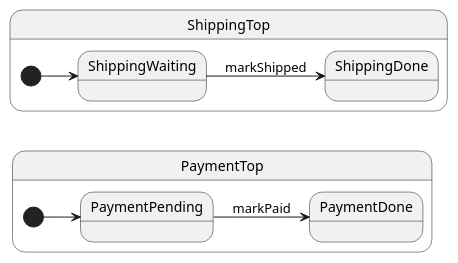
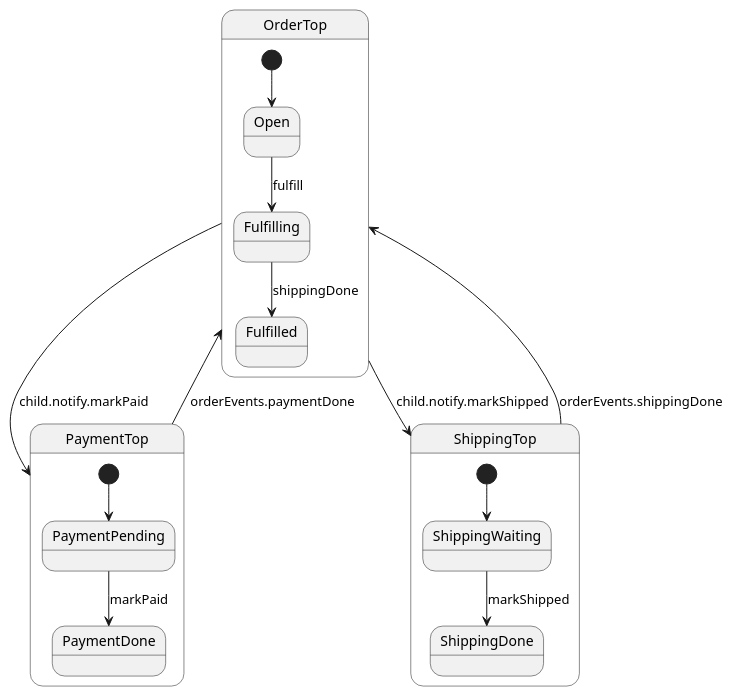
Before and after one commit to filasieno/ihsm: the diagram in packages/ihsm/examples/14-nested-machines/README.md, drawn with PlantUML. The commit also changed other lines of this file and 55 other files, not shown here.

````diff
--- a/packages/ihsm/examples/14-nested-machines/README.md
+++ b/packages/ihsm/examples/14-nested-machines/README.md
@@ -15,15 +13,22 @@
 ```plantuml
 @startuml
-left to right direction
-skinparam ranksep 25
+skinparam ranksep 28
+state OrderTop {
+  [*] --> Open
+  Open --> Fulfilling : fulfill
+  Fulfilling --> Fulfilled : shippingDone
+}
 state PaymentTop {
   [*] --> PaymentPending
   PaymentPending --> PaymentDone : markPaid
 }
---
 state ShippingTop {
   [*] --> ShippingWaiting
   ShippingWaiting --> ShippingDone : markShipped
 }
+OrderTop --> PaymentTop : child.notify.markPaid
+PaymentTop --> OrderTop : orderEvents.paymentDone
+OrderTop --> ShippingTop : child.notify.markShipped
+ShippingTop --> OrderTop : orderEvents.shippingDone
 @enduml
 ```
````
